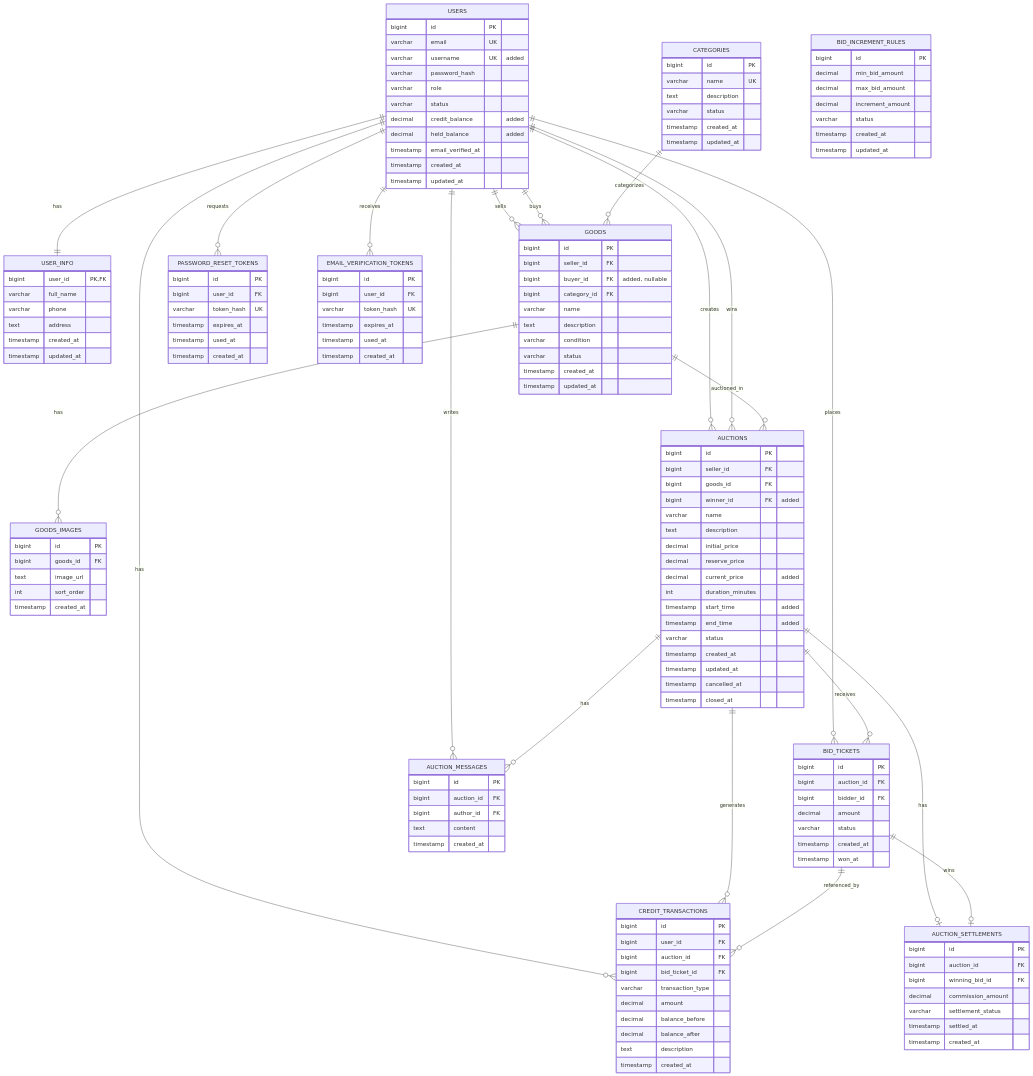
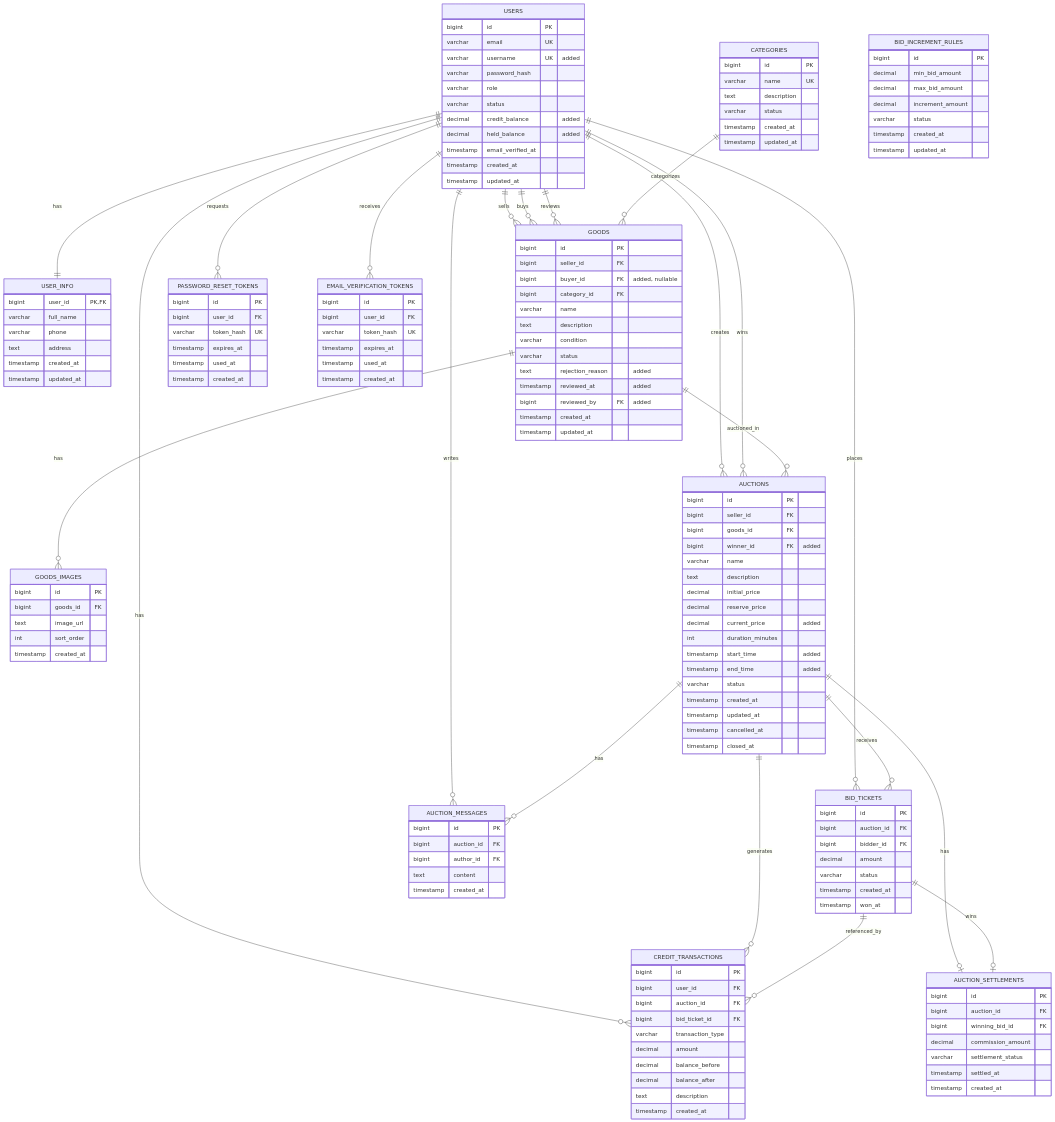
Before and after one commit to anhbody2/Auction_system: the diagram in docs/ERD_edited.md, drawn with Mermaid. The commit also changed other lines of this file and 31 other files, not shown here.

```diff
--- a/docs/ERD_edited.md
+++ b/docs/ERD_edited.md
@@ -73,6 +75,9 @@
         text description
         varchar condition
         varchar status
+        text rejection_reason "added"
+        timestamp reviewed_at "added"
+        bigint reviewed_by FK "added"
         timestamp created_at
         timestamp updated_at
     }
@@ -177,6 +182,7 @@
     USERS ||--|| USER_INFO : has
     USERS ||--o{ GOODS : sells
     USERS ||--o{ GOODS : buys
+    USERS ||--o{ GOODS : reviews
     USERS ||--o{ AUCTIONS : creates
     USERS ||--o{ AUCTIONS : wins
     USERS ||--o{ BID_TICKETS : places
```
